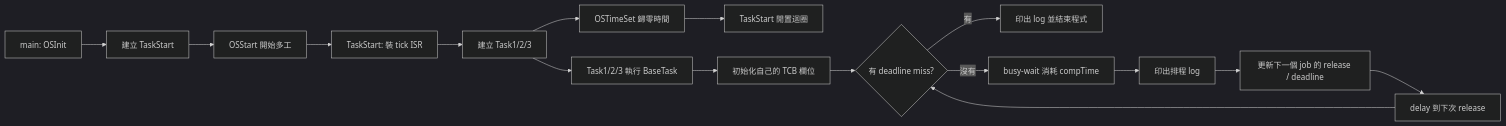
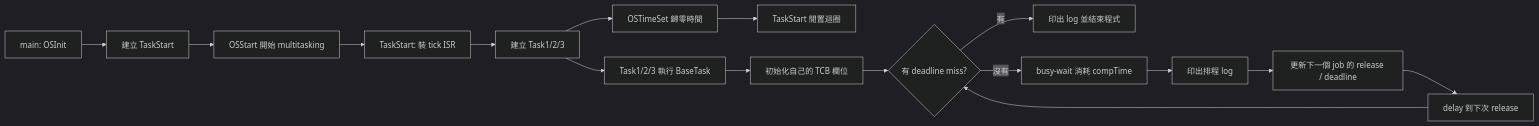
Before and after one commit to Esther125/rtos-labs: the diagram in lab1/lab1.md, drawn with Mermaid (dark theme). The commit also changed other lines of this file, not shown here.

````diff
--- a/lab1/lab1.md
+++ b/lab1/lab1.md
@@ -43,18 +40,18 @@
     ```mermaid
     flowchart LR
         A[main: OSInit] --> B[建立 TaskStart]
-        B --> C[OSStart 開始多工]
+        B --> C[OSStart 開始 multitasking]
         C --> D[TaskStart: 裝 tick ISR]
         D --> E[建立 Task1/2/3]
         E --> F[OSTimeSet 歸零時間]
         F --> G[TaskStart 閒置迴圈]
         E --> H[Task1/2/3 執行 BaseTask]
         H --> I[初始化自己的 TCB 欄位]
         I --> J{有 deadline miss?}
         J -- 有 --> K[印出 log 並結束程式]
         J -- 沒有 --> L[busy-wait 消耗 compTime]
         L --> M[印出排程 log]
         M --> N[更新下一個 job 的 release / deadline]
         N --> O[delay 到下次 release]
         O --> J
     ```
````
